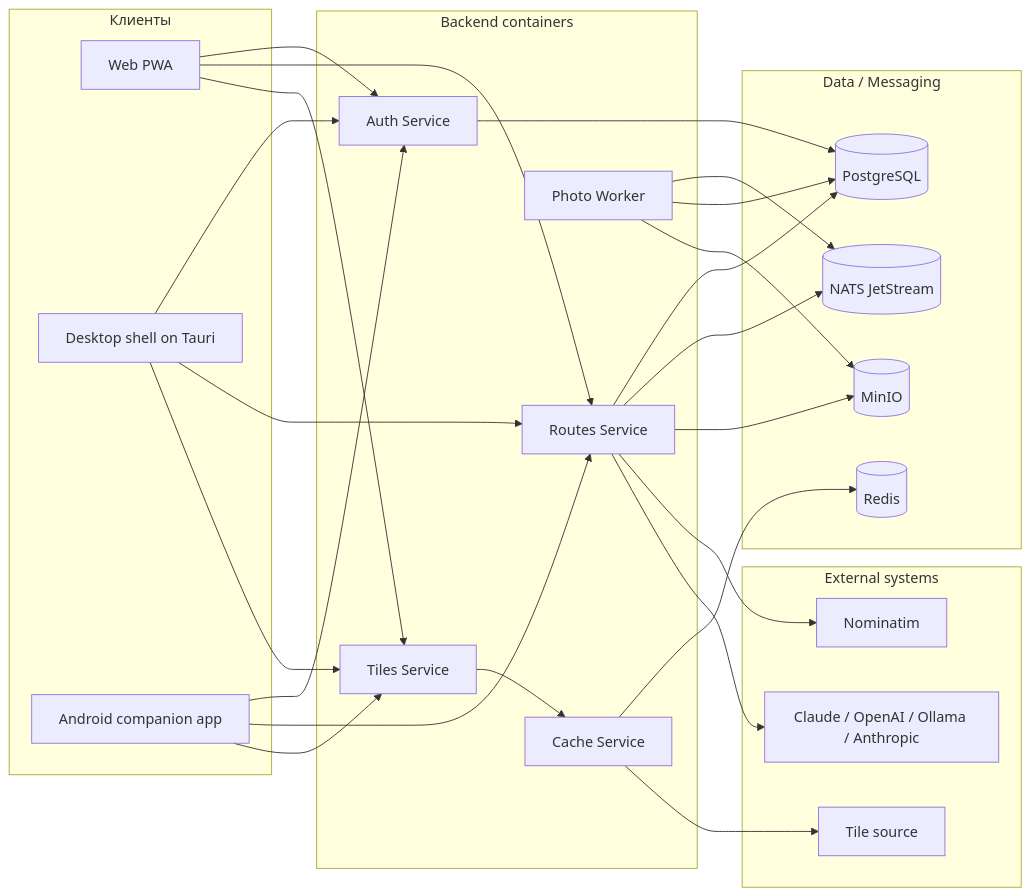
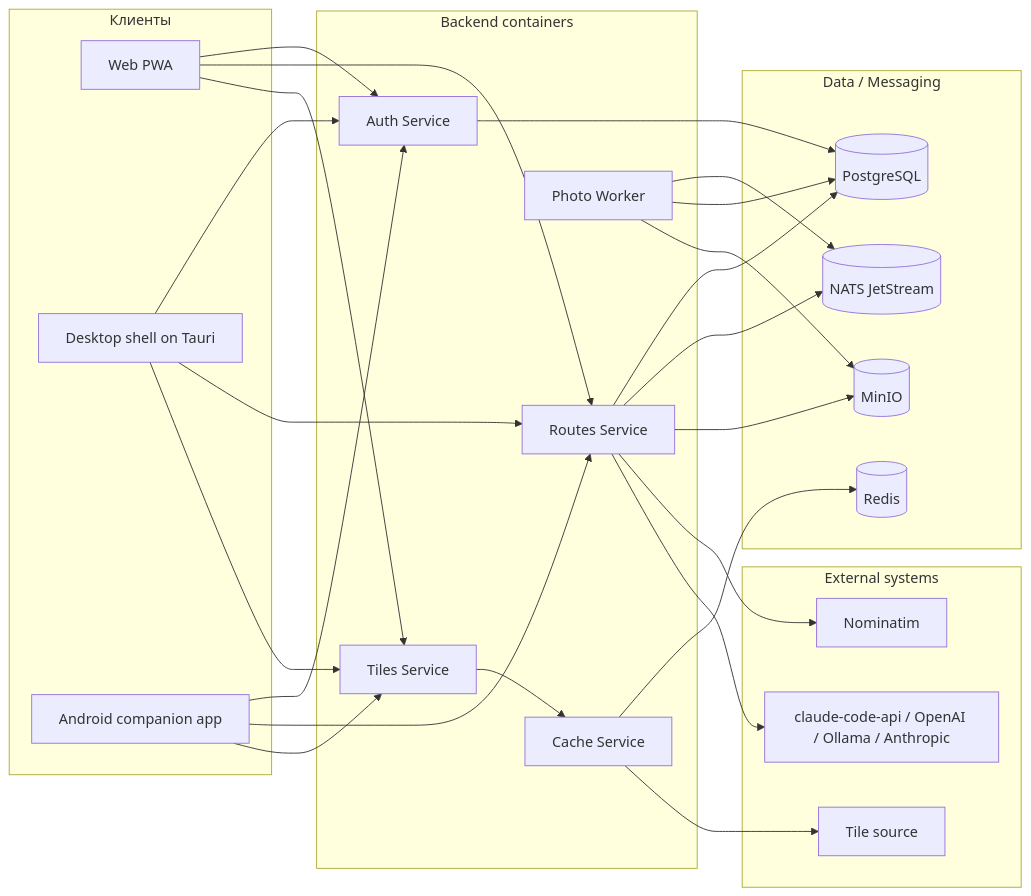
Before and after one commit to jaennil/guide_helper: the second of 4 diagrams in doc/c4-diagrams-2026-04-21.md, drawn with Mermaid. The commit also changed other lines of this file and 1 other file, not shown here.

Commit message:
docs(k8s): sync deployment and ai notes

````diff
--- a/doc/c4-diagrams-2026-04-21.md
+++ b/doc/c4-diagrams-2026-04-21.md
@@ -45,56 +45,56 @@
 ```mermaid
 flowchart LR
     subgraph Clients[Клиенты]
         Web[Web PWA]
         Desktop[Desktop shell on Tauri]
         Mobile[Android companion app]
     end
 
     subgraph Backend[Backend containers]
         Auth[Auth Service]
         Routes[Routes Service]
         Worker[Photo Worker]
         Tiles[Tiles Service]
         Cache[Cache Service]
     end
 
     subgraph Data[Data / Messaging]
         Postgres[(PostgreSQL)]
         MinIO[(MinIO)]
         NATS[(NATS JetStream)]
         Redis[(Redis)]
     end
 
     subgraph External[External systems]
         Geo[Nominatim]
-        AI[Claude / OpenAI / Ollama / Anthropic]
+        AI[claude-code-api / OpenAI / Ollama / Anthropic]
         OSM[Tile source]
     end
 
     Web --> Auth
     Web --> Routes
     Web --> Tiles
 
     Desktop --> Auth
     Desktop --> Routes
     Desktop --> Tiles
 
     Mobile --> Auth
     Mobile --> Routes
     Mobile --> Tiles
 
     Auth --> Postgres
     Routes --> Postgres
     Routes --> NATS
     Routes --> MinIO
     Routes --> Geo
     Routes --> AI
 
     Worker --> NATS
     Worker --> Postgres
     Worker --> MinIO
 
     Tiles --> Cache
     Cache --> Redis
     Cache --> OSM
 ```
````
